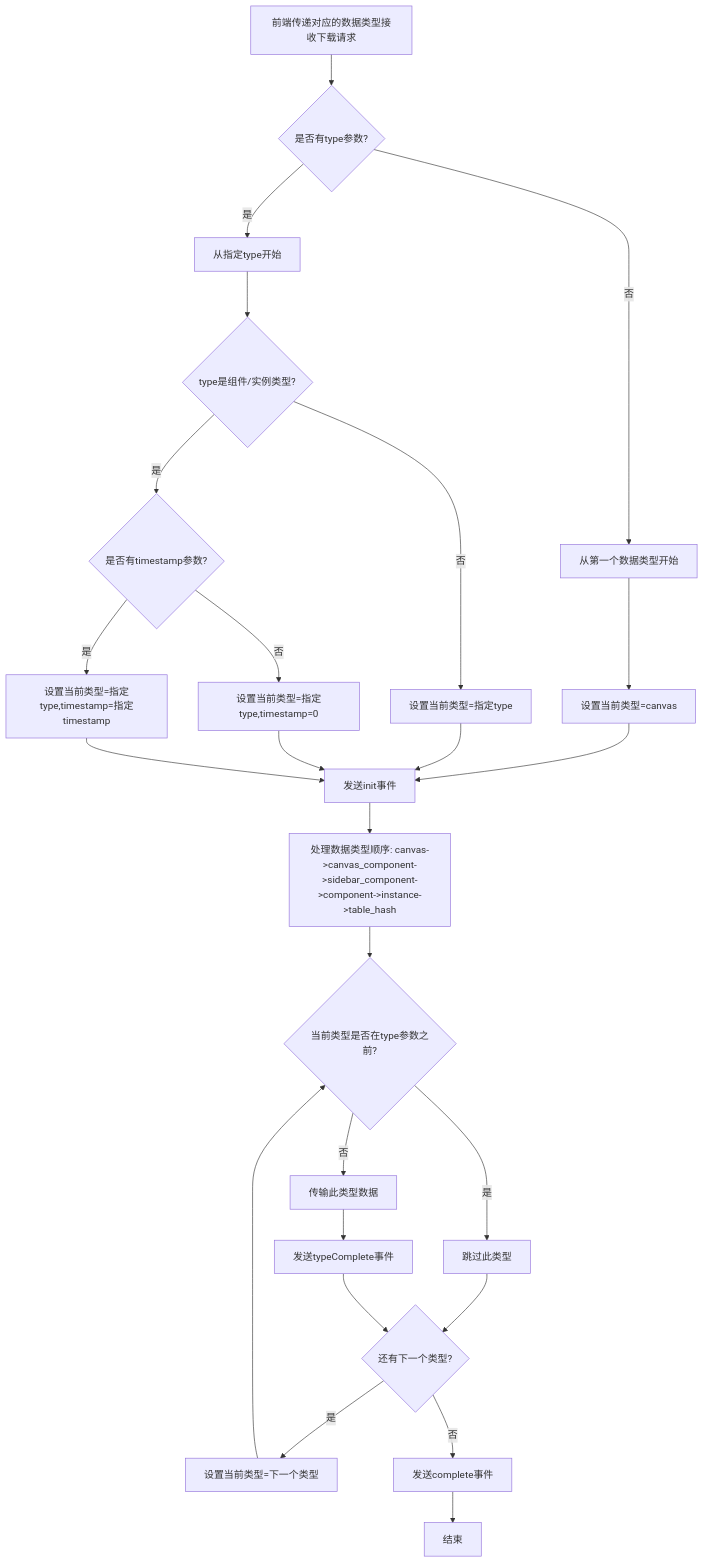
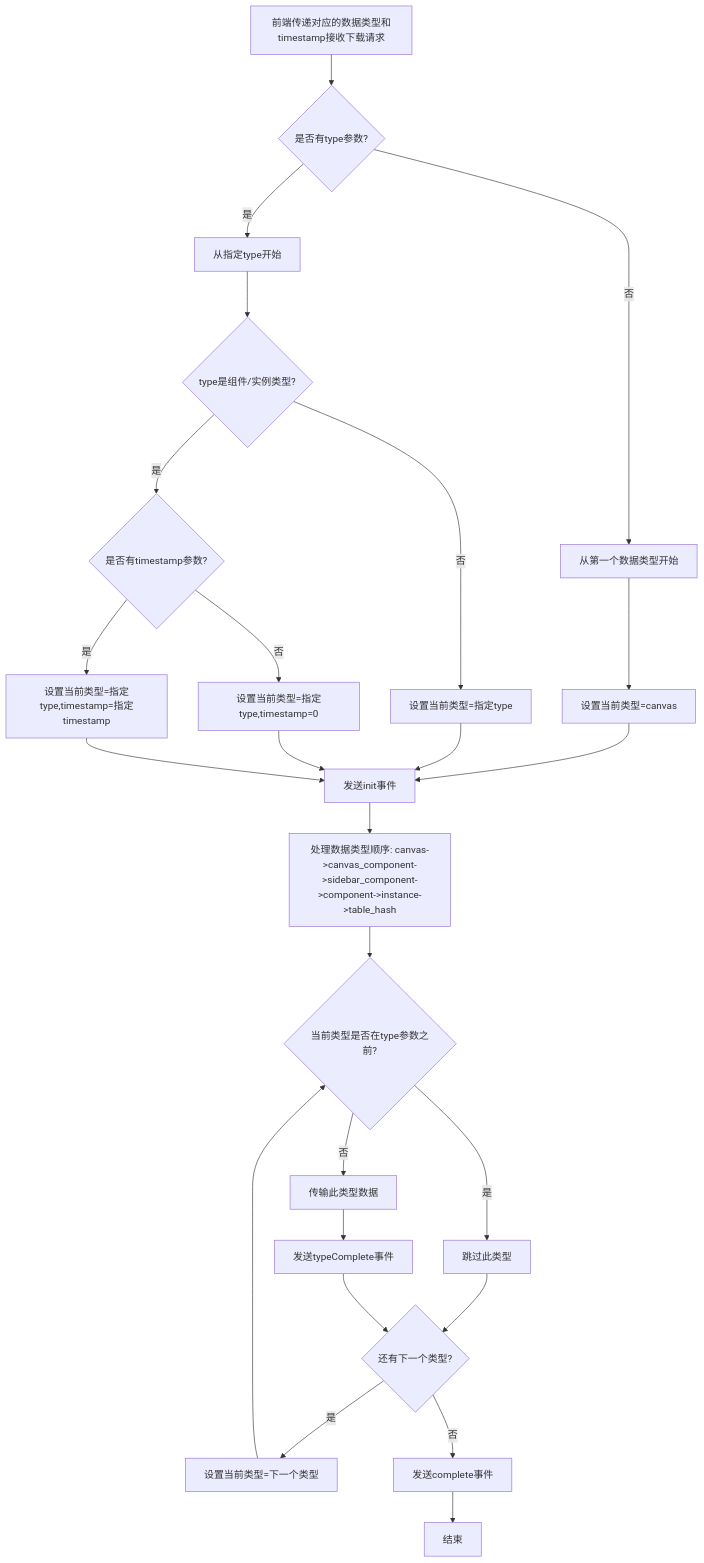
One commit to yingjianzh/iodraw-files changed the diagram in all/未命名-59.md. Above: the diagram before and after it, drawn with Mermaid.

Commit message:
2025-05-14 15:29:40 update

````diff
--- a/all/未命名-59.md
+++ b/all/未命名-59.md
@@ -1,37 +1,37 @@
 ```mermaid
 flowchart TD
-    A[前端传递对应的数据类型接收下载请求] --> B{是否有type参数?}
+    A[前端传递对应的数据类型和timestamp接收下载请求] --> B{是否有type参数?}
     
     B -->|否| C[从第一个数据类型开始]
     B -->|是| D[从指定type开始]
     
     C --> E[设置当前类型=canvas]
     D --> F{type是组件/实例类型?}
     
     F -->|否| G[设置当前类型=指定type]
     F -->|是| H{是否有timestamp参数?}
     
     H -->|否| I[设置当前类型=指定type,timestamp=0]
     H -->|是| J[设置当前类型=指定type,timestamp=指定timestamp]
     
     E --> K[发送init事件]
     G --> K
     I --> K
     J --> K
     
     K --> L[处理数据类型顺序: canvas->canvas_component->sidebar_component->component->instance->table_hash]
     
     L --> M{当前类型是否在type参数之前?}
     M -->|是| N[跳过此类型]
     M -->|否| O[传输此类型数据]
     
     N --> P{还有下一个类型?}
     O --> Q[发送typeComplete事件]
     Q --> P
     
     P -->|是| R[设置当前类型=下一个类型]
     P -->|否| S[发送complete事件]
     
     R --> M
     S --> T[结束]
 ```
````
